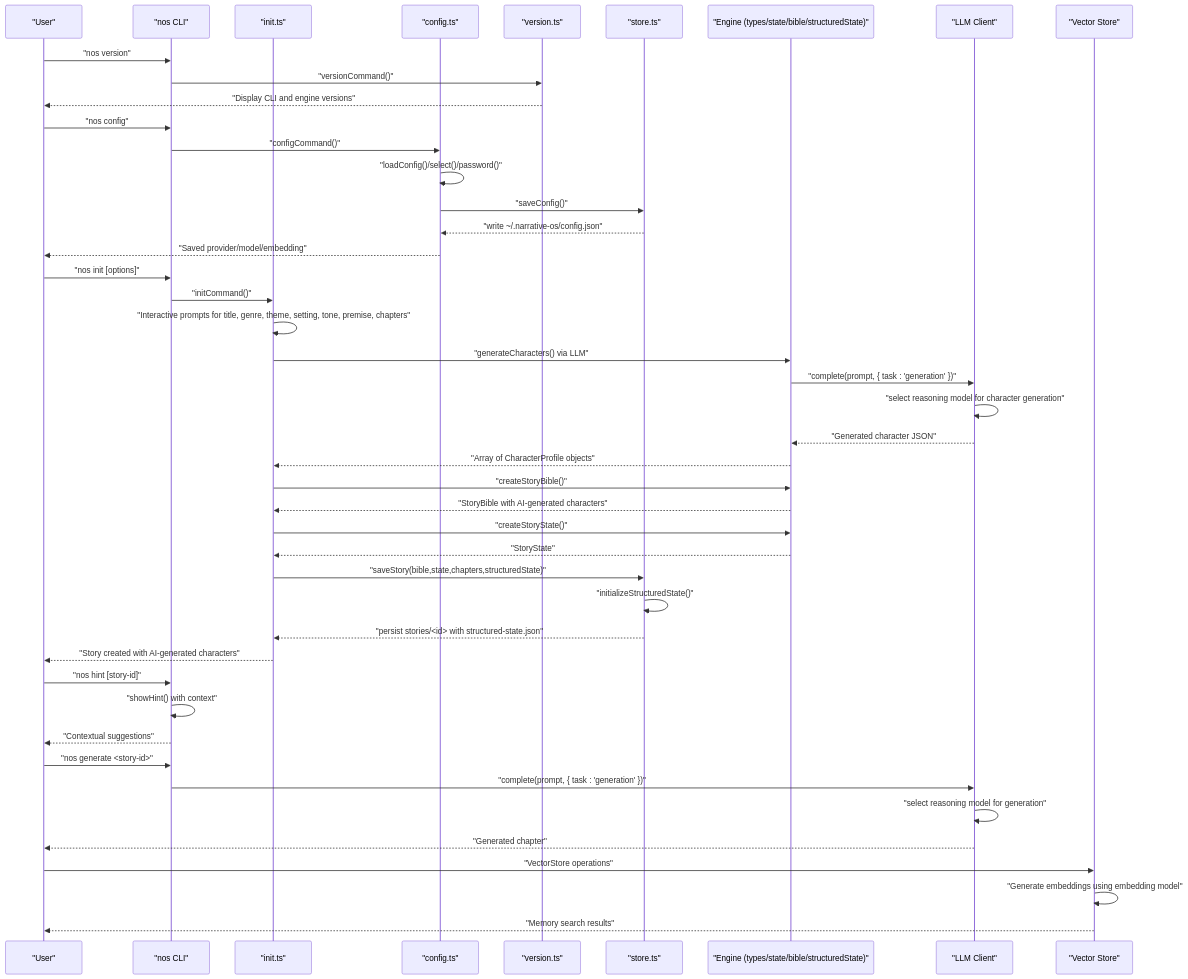
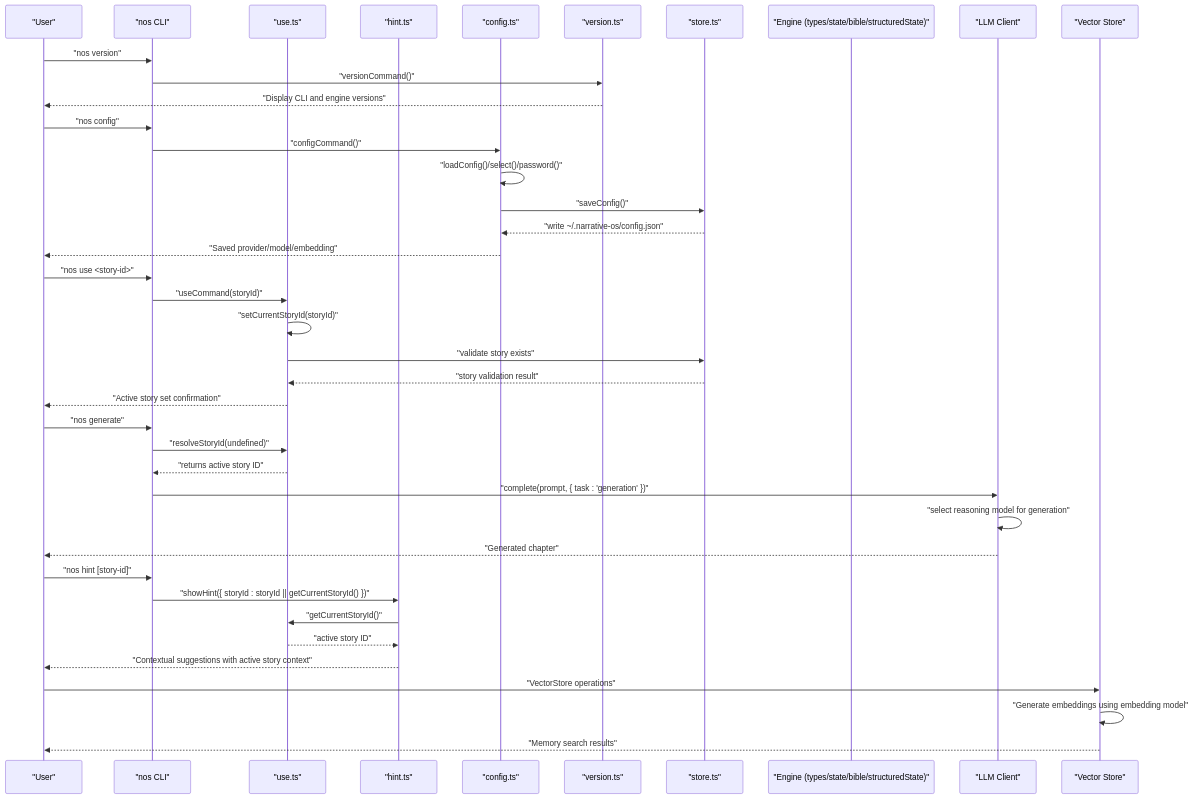
The second of 4 diagrams in .qoder/repowiki/en/content/CLI Command Reference.md (liwonder/NARRITIVE_OS), drawn with Mermaid before and after one commit. The commit also changed other lines of this file and 12 other files, not shown here.

````diff
--- a/.qoder/repowiki/en/content/CLI Command Reference.md
+++ b/.qoder/repowiki/en/content/CLI Command Reference.md
@@ -184,47 +193,42 @@
 ```mermaid
 sequenceDiagram
 participant User as "User"
 participant CLI as "nos CLI"
-participant Init as "init.ts"
+participant Use as "use.ts"
+participant Hint as "hint.ts"
 participant Config as "config.ts"
 participant Version as "version.ts"
 participant Store as "store.ts"
 participant Engine as "Engine (types/state/bible/structuredState)"
 participant LLMClient as "LLM Client"
 participant VectorStore as "Vector Store"
 User->>CLI : "nos version"
 CLI->>Version : "versionCommand()"
 Version-->>User : "Display CLI and engine versions"
 User->>CLI : "nos config"
 CLI->>Config : "configCommand()"
 Config->>Config : "loadConfig()/select()/password()"
 Config->>Store : "saveConfig()"
 Store-->>Config : "write ~/.narrative-os/config.json"
 Config-->>User : "Saved provider/model/embedding"
-User->>CLI : "nos init [options]"
-CLI->>Init : "initCommand()"
-Init->>Init : "Interactive prompts for title, genre, theme, setting, tone, premise, chapters"
-Init->>Engine : "generateCharacters() via LLM"
-Engine->>LLMClient : "complete(prompt, { task : 'generation' })"
-LLMClient->>LLMClient : "select reasoning model for character generation"
-LLMClient-->>Engine : "Generated character JSON"
-Engine-->>Init : "Array of CharacterProfile objects"
-Init->>Engine : "createStoryBible()"
-Engine-->>Init : "StoryBible with AI-generated characters"
-Init->>Engine : "createStoryState()"
-Engine-->>Init : "StoryState"
-Init->>Store : "saveStory(bible,state,chapters,structuredState)"
-Store->>Store : "initializeStructuredState()"
-Store-->>Init : "persist stories/<id> with structured-state.json"
-Init-->>User : "Story created with AI-generated characters"
-User->>CLI : "nos hint [story-id]"
-CLI->>CLI : "showHint() with context"
-CLI-->>User : "Contextual suggestions"
-User->>CLI : "nos generate <story-id>"
+User->>CLI : "nos use <story-id>"
+CLI->>Use : "useCommand(storyId)"
+Use->>Use : "setCurrentStoryId(storyId)"
+Use->>Store : "validate story exists"
+Store-->>Use : "story validation result"
+Use-->>User : "Active story set confirmation"
+User->>CLI : "nos generate"
+CLI->>Use : "resolveStoryId(undefined)"
+Use-->>CLI : "returns active story ID"
 CLI->>LLMClient : "complete(prompt, { task : 'generation' })"
 LLMClient->>LLMClient : "select reasoning model for generation"
 LLMClient-->>User : "Generated chapter"
+User->>CLI : "nos hint [story-id]"
+CLI->>Hint : "showHint({ storyId : storyId || getCurrentStoryId() })"
+Hint->>Use : "getCurrentStoryId()"
+Use-->>Hint : "active story ID"
+Hint-->>User : "Contextual suggestions with active story context"
 User->>VectorStore : "VectorStore operations"
 VectorStore->>VectorStore : "Generate embeddings using embedding model"
 VectorStore-->>User : "Memory search results"
 ```
````
